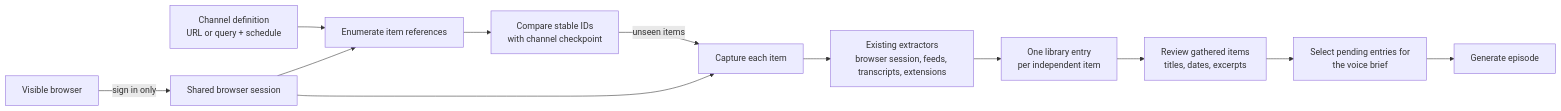
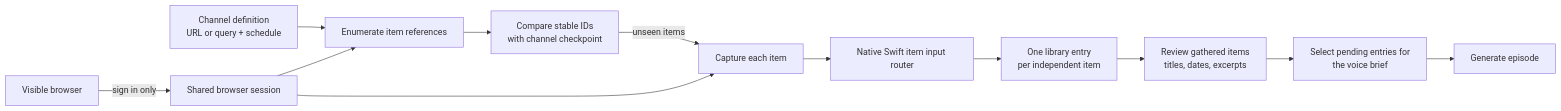
One commit to jonsch1/sharedlibrary changed the diagram in library/voice-brief-channel-architecture.md. Above: the diagram before and after it, drawn with Mermaid. The commit also changed other lines of this file and 35 other files, not shown here.

````diff
--- a/library/voice-brief-channel-architecture.md
+++ b/library/voice-brief-channel-architecture.md
@@ -13,15 +13,15 @@
 ```mermaid
 flowchart LR
   C["Channel definition<br/>URL or query + schedule"] --> E["Enumerate item references"]
   E --> D["Compare stable IDs<br/>with channel checkpoint"]
   D -->|unseen items| H["Capture each item"]
-  H --> X["Existing extractors<br/>browser session, feeds, transcripts, extensions"]
-  X --> L["One library entry<br/>per independent item"]
+  H --> N["Native Swift item input router"]
+  N --> L["One library entry<br/>per independent item"]
   L --> R["Review gathered items<br/>titles, dates, excerpts"]
   R --> P["Select pending entries for<br/>the voice brief"]
   P --> A["Generate episode"]
 
   U["Visible browser"] -->|sign in only| S["Shared browser session"]
   S --> E
   S --> H
 ```
````
